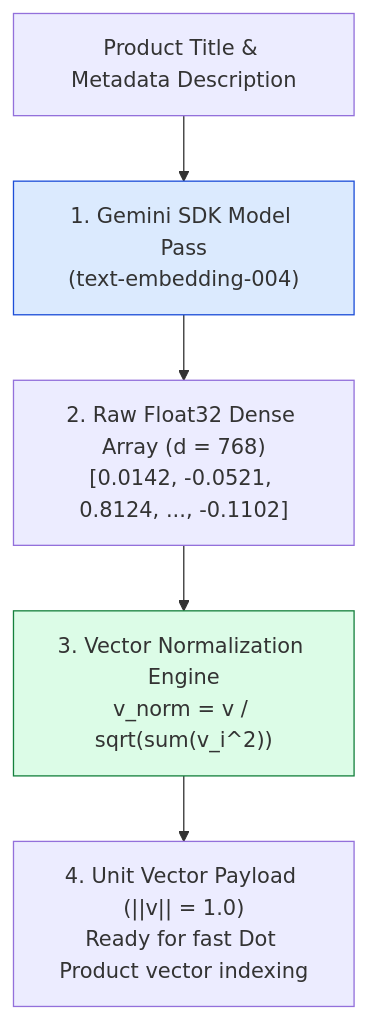
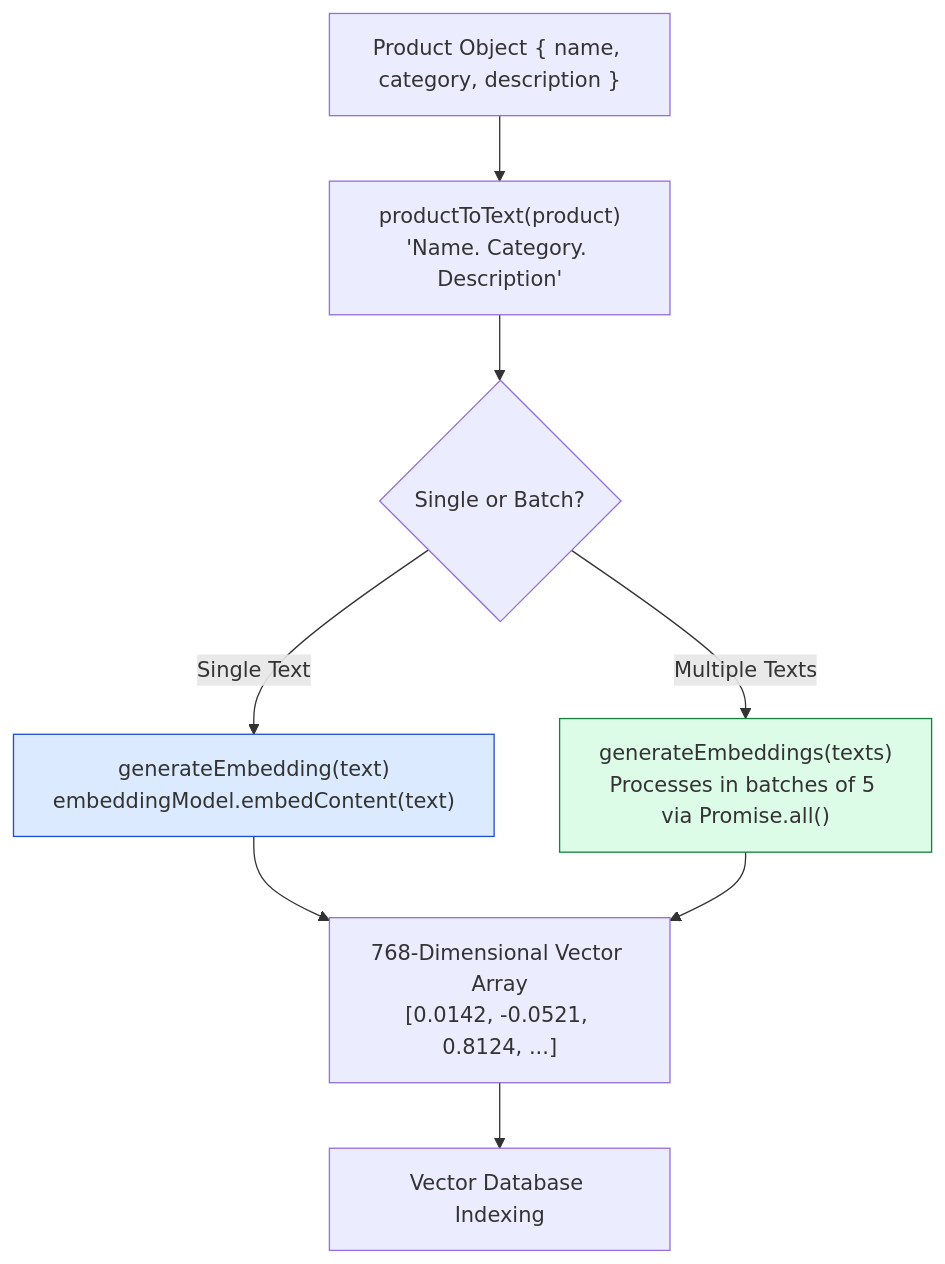
Before and after one commit to Amie-dev/engineering-playbook: the diagram in agentic-ai-notes/02-dukaan-search/01-embeddings-generator.md, drawn with Mermaid. The commit also changed other lines of this file and 27 other files, not shown here.

````diff
--- a/agentic-ai-notes/02-dukaan-search/01-embeddings-generator.md
+++ b/agentic-ai-notes/02-dukaan-search/01-embeddings-generator.md
@@ -13,13 +9,17 @@
 ```mermaid
 flowchart TD
-    ProductText[Product Title & Metadata Description] --> EmbedSDK["1. Gemini SDK Model Pass<br/>(text-embedding-004)"]
+    ProductObj["Product Object { name, category, description }"] --> PrepText["productToText(product)<br/>'Name. Category. Description'"]
 
-    EmbedSDK --> RawVector["2. Raw Float32 Dense Array (d = 768)<br/>[0.0142, -0.0521, 0.8124, ..., -0.1102]"]
+    PrepText --> Router{"Single or Batch?"}
 
-    RawVector --> Normalizer["3. Vector Normalization Engine<br/>v_norm = v / sqrt(sum(v_i^2))"]
+    Router -->|Single Text| GenSingle["generateEmbedding(text)<br/>embeddingModel.embedContent(text)"]
+    Router -->|Multiple Texts| GenBatch["generateEmbeddings(texts)<br/>Processes in batches of 5 via Promise.all()"]
 
-    Normalizer --> UnitVector["4. Unit Vector Payload (||v|| = 1.0)<br/>Ready for fast Dot Product vector indexing"]
+    GenSingle --> Vector768["768-Dimensional Vector Array<br/>[0.0142, -0.0521, 0.8124, ...]"]
+    GenBatch --> Vector768
 
-    style EmbedSDK fill:#dbeafe,stroke:#1d4ed8
-    style Normalizer fill:#dcfce7,stroke:#15803d
+    Vector768 --> VectorDB[Vector Database Indexing]
+
+    style GenSingle fill:#dbeafe,stroke:#1d4ed8
+    style GenBatch fill:#dcfce7,stroke:#15803d
 ```
````
